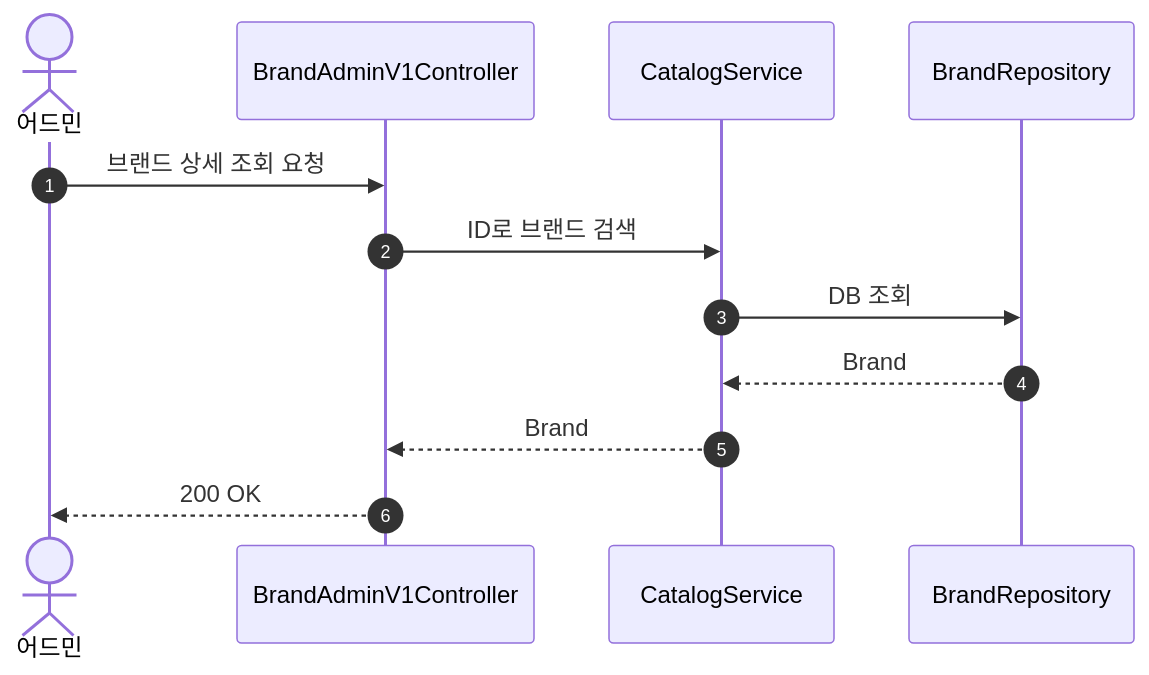
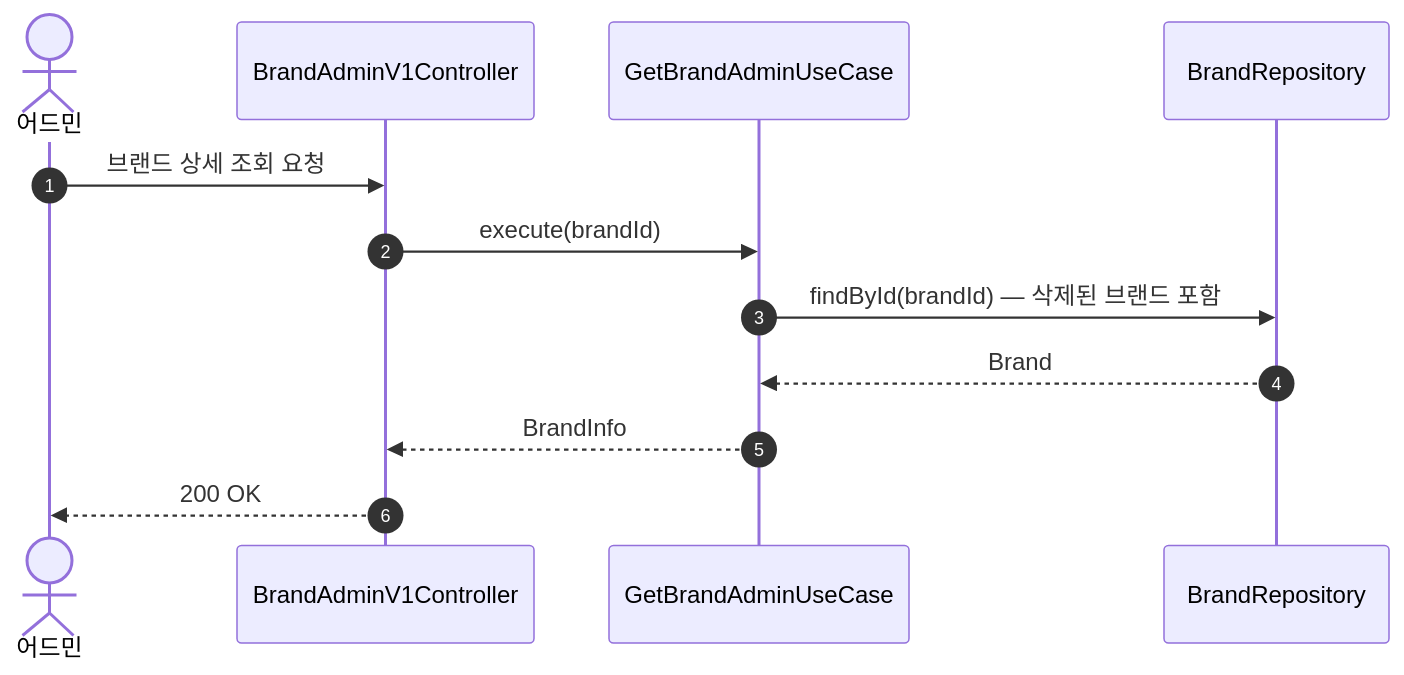
One commit to Loopers-dev-lab/loop-pack-be-l2-vol3-kotlin changed the fifth of 26 diagrams in docs/design/02-sequence-diagrams.md. Above: the diagram before and after it, drawn with Mermaid. The commit also changed other lines of this file and 6 other files, not shown here.

First line of the commit message:
docs: 설계 문서 최신화 — Facade/Service → UseCase 패턴 반영

````diff
--- a/docs/design/02-sequence-diagrams.md
+++ b/docs/design/02-sequence-diagrams.md
@@ -133,14 +129,14 @@
 ```mermaid
 sequenceDiagram
     autonumber
     actor Admin as 어드민
     participant C as BrandAdminV1Controller
-    participant S as CatalogService
+    participant UC as GetBrandAdminUseCase
     participant R as BrandRepository
     Admin ->> C: 브랜드 상세 조회 요청
-    C ->> S: ID로 브랜드 검색
-    S ->> R: DB 조회
-    R -->> S: Brand
-    S -->> C: Brand
+    C ->> UC: execute(brandId)
+    UC ->> R: findById(brandId) — 삭제된 브랜드 포함
+    R -->> UC: Brand
+    UC -->> C: BrandInfo
     C -->> Admin: 200 OK
 ```
````
